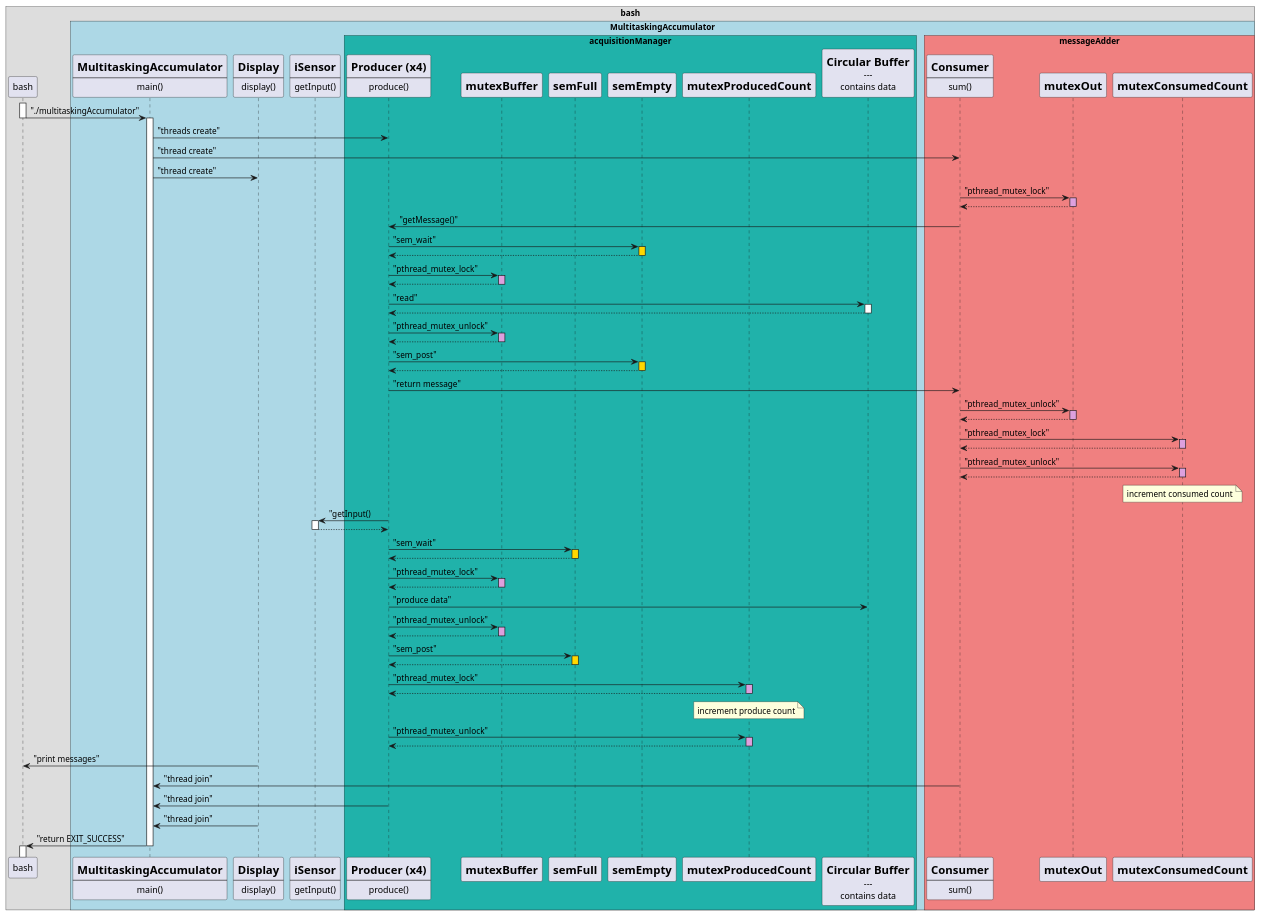
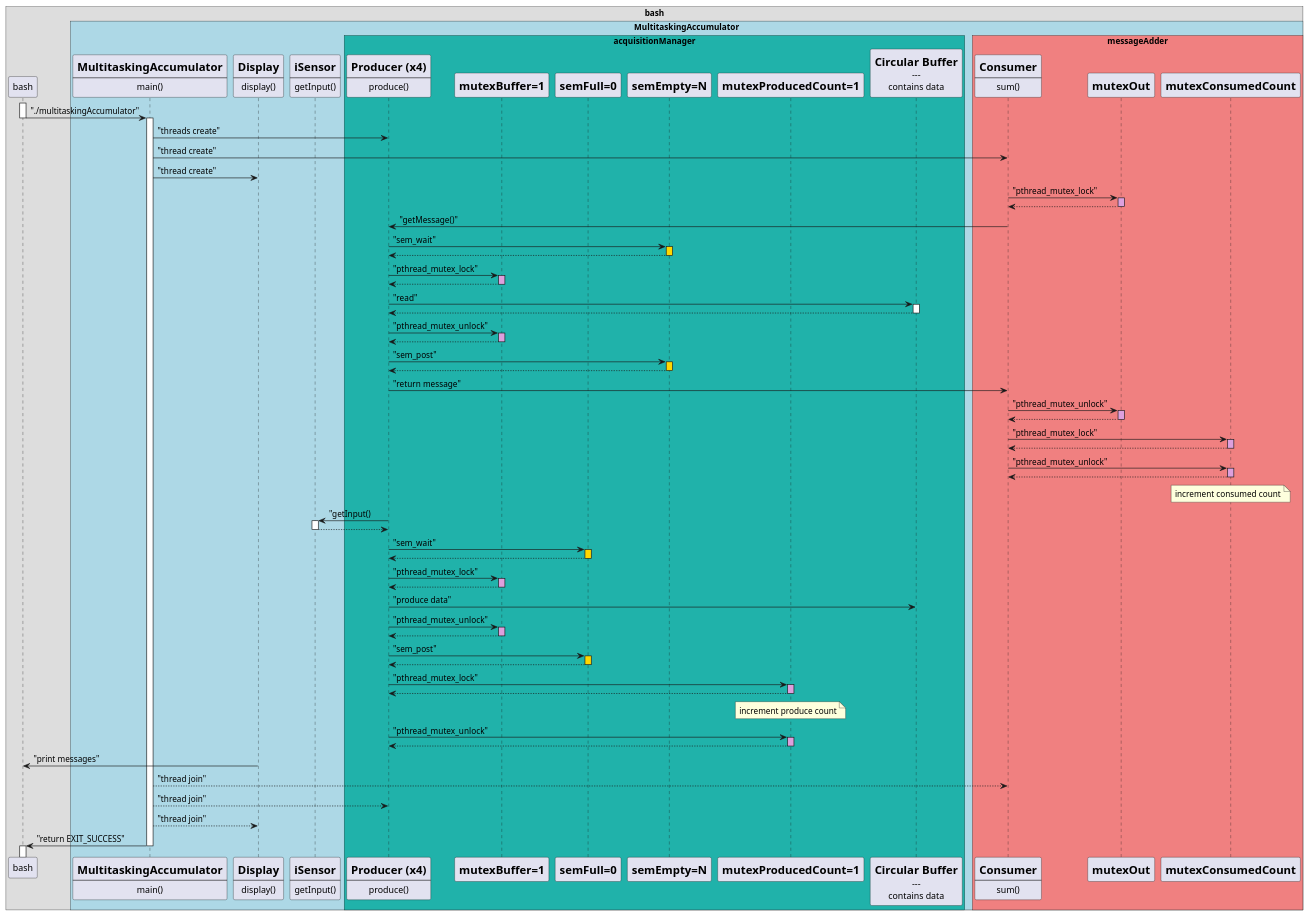
The diagram in exercice-1/diagrams/multiTaskingAccumulatorDiagram.puml (JustinF02/multitasking_training_practical_work), drawn with PlantUML before and after one commit. The commit also changed 3 other files, not shown here.

Commit message:
feat: update multitasking accumulator diagram

```diff
--- a/exercice-1/diagrams/multiTaskingAccumulatorDiagram.puml
+++ b/exercice-1/diagrams/multiTaskingAccumulatorDiagram.puml
@@ -1,172 +1,172 @@
 @startuml
 !pragma teoz true
 box "bash"                          
 participant bash
 
 
 box "MultitaskingAccumulator" #lightblue
 
 participant main [
     =MultitaskingAccumulator
     ----
     main()
 ]
 participant Display_Thread [
     =Display
     ----
     display()
 ]
 participant iSensor [
     =iSensor
     ----
     getInput()
 ]
 
 box "acquisitionManager" #LightSeaGreen
 
 participant Producer_Thread [
     =Producer (x4)
     ----
     produce()
 ]
 
 participant mutexBuffer [
-    =mutexBuffer
+    =mutexBuffer=1
 ]
 
 participant semFull [
-    =semFull
+    =semFull=0
 ]
 
 participant semEmpty [
-    =semEmpty
+    =semEmpty=N
 ]
 
 participant mutexProducedCount [
-    =mutexProducedCount
+    =mutexProducedCount=1
 ]
 
 participant Buffer [
     =Circular Buffer
     ---
     contains data
 ]
 end box
 box "messageAdder" #lightcoral
 
 participant Consumer_Thread [
     =Consumer
     ----
     sum()
 ]
 
 participant mutexOut [
     =mutexOut
 ]
 participant mutexConsumedCount [
     =mutexConsumedCount
 ]
 
 end box
 end box
 end box
 
 
 
 activate bash
 bash -> main --++ : "./multitaskingAccumulator"
 
 main -> Producer_Thread:"threads create"
 main -> Consumer_Thread:"thread create"
 main -> Display_Thread:"thread create"
 
 
 
 'CONSUMER
 Consumer_Thread -> mutexOut: "pthread_mutex_lock"
 activate mutexOut #plum
 return
 
 Consumer_Thread -> Producer_Thread:"getMessage()"
 Producer_Thread -> semEmpty:"sem_wait"
 activate semEmpty #gold
 return
 
 Producer_Thread -> mutexBuffer:"pthread_mutex_lock"
 activate mutexBuffer #plum
 return
 Producer_Thread -> Buffer:"read"
 activate Buffer
 return
 Producer_Thread -> mutexBuffer:"pthread_mutex_unlock"
 activate mutexBuffer #plum
 return
 
 Producer_Thread -> semEmpty:"sem_post"
 activate semEmpty #gold
 return
 
 Producer_Thread->Consumer_Thread:"return message"
 
 Consumer_Thread -> mutexOut: "pthread_mutex_unlock"
 activate mutexOut #plum
 return
 
 
 
 Consumer_Thread -> mutexConsumedCount: "pthread_mutex_lock"
 activate mutexConsumedCount #plum
 return
 
 Consumer_Thread -> mutexConsumedCount: "pthread_mutex_unlock"
 activate mutexConsumedCount #plum
 return
 note over mutexConsumedCount : increment consumed count
 
 'PRODUCER
 Producer_Thread -> iSensor:"getInput()
 activate iSensor 
 return
 Producer_Thread -> semFull:"sem_wait"
 activate semFull #gold
 return
 Producer_Thread -> mutexBuffer:"pthread_mutex_lock"
 activate mutexBuffer #plum
 return
 Producer_Thread -> Buffer:"produce data"
 Producer_Thread -> mutexBuffer:"pthread_mutex_unlock"
 activate mutexBuffer #plum
 return
 Producer_Thread -> semFull:"sem_post"
 activate semFull #gold
 return
 
 Producer_Thread -> mutexProducedCount:"pthread_mutex_lock"
 activate mutexProducedCount #plum
 return
 note over mutexProducedCount : increment produce count
 Producer_Thread -> mutexProducedCount:"pthread_mutex_unlock"
 activate mutexProducedCount #plum
 return
 
 
 
 Display_Thread -> bash:"print messages"
-Consumer_Thread -> main:"thread join"
-Producer_Thread -> main:"thread join"
-Display_Thread -> main:"thread join"
+main --> Consumer_Thread:"thread join"
+main --> Producer_Thread:"thread join"
+main --> Display_Thread:"thread join"
 
 
 
 
 
 
 
 
 
 
 
 
 main -> bash --++: "return EXIT_SUCCESS"
 
 @enduml
```
